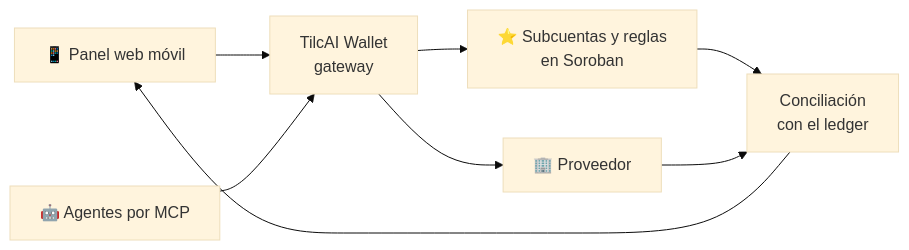
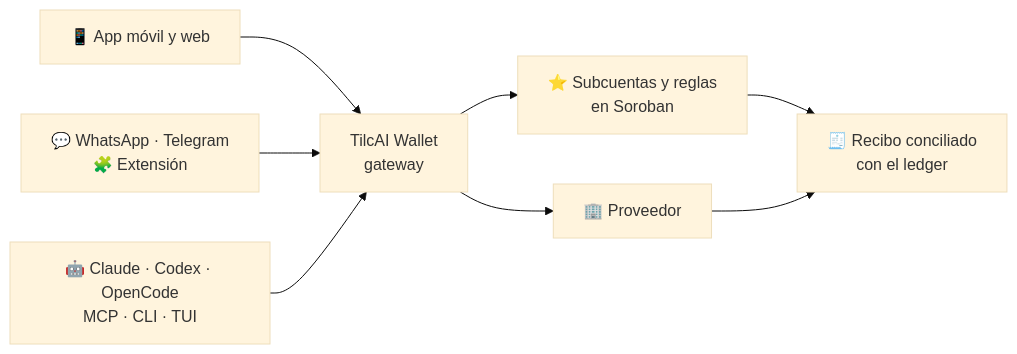
One commit to TilcAI-Wallet/.github changed the third of 3 diagrams in profile/README.md. Above: the diagram before and after it, drawn with Mermaid (base theme). The commit also changed other lines of this file and 1 other file, not shown here.

````diff
--- a/profile/README.md
+++ b/profile/README.md
@@ -134,10 +163,10 @@
 ```mermaid
 flowchart LR
-    M["📱 Panel web móvil"] --> G
-    C["🤖 Agentes por MCP"] --> G
+    U["📱 App móvil y web"] --> G
+    CH["💬 WhatsApp · Telegram<br/>🧩 Extensión"] --> G
+    AG["🤖 Claude · Codex · OpenCode<br/>MCP · CLI · TUI"] --> G
     G["TilcAI Wallet<br/>gateway"] --> SA["⭐ Subcuentas y reglas<br/>en Soroban"]
     G --> P["🏢 Proveedor"]
-    SA --> R["Conciliación<br/>con el ledger"]
+    SA --> R["🧾 Recibo conciliado<br/>con el ledger"]
     P --> R
-    R --> M
 ```
````
